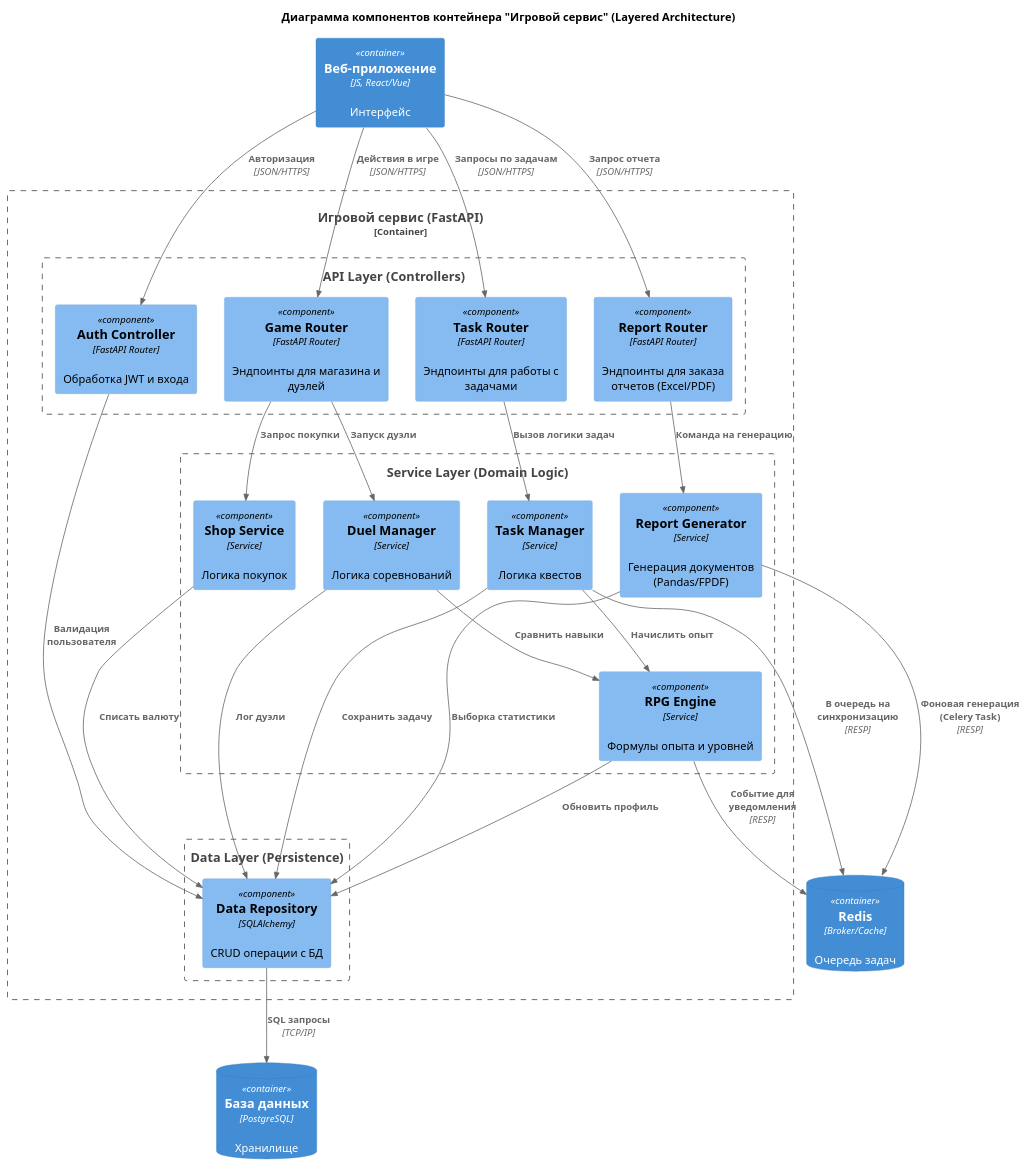
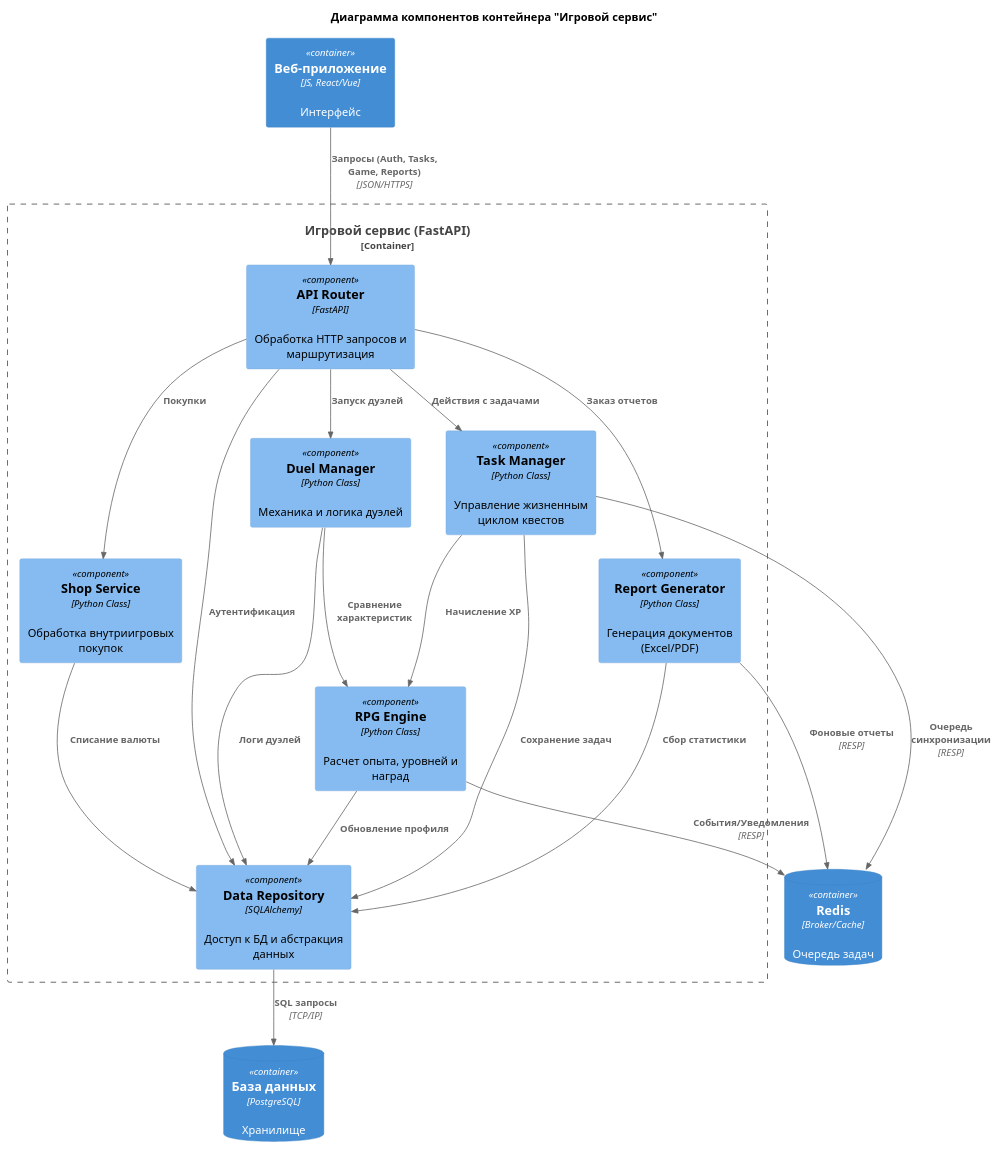
Before and after one commit to Qweyke/corp-game-system-devquest: the diagram in c4_component.plantuml, drawn with PlantUML. The commit also changed 5 other files, not shown here.

```diff
--- a/c4_component.plantuml
+++ b/c4_component.plantuml
@@ -1,69 +1,51 @@
 @startuml
-' !include https://raw.githubusercontent.com/plantuml-stdlib/C4-PlantUML/master/C4_Component.puml
 !include <C4/C4_Component>
 
-title Диаграмма компонентов контейнера "Игровой сервис" (Layered Architecture)
+title Диаграмма компонентов контейнера "Игровой сервис"
 
 ' Внешние системы
 Container(web_app, "Веб-приложение", "JS, React/Vue", "Интерфейс")
 ContainerDb(db, "База данных", "PostgreSQL", "Хранилище")
 ContainerDb(cache, "Redis", "Broker/Cache", "Очередь задач")
 
 Container_Boundary(api_app, "Игровой сервис (FastAPI)") {
-
-    ' 1. Слой интерфейсов (API Layer)
-    Boundary(api_layer, "API Layer (Controllers)") {
-        Component(auth_ctrl, "Auth Controller", "FastAPI Router", "Обработка JWT и входа")
-        Component(task_router, "Task Router", "FastAPI Router", "Эндпоинты для работы с задачами")
-        Component(game_router, "Game Router", "FastAPI Router", "Эндпоинты для магазина и дуэлей")
-        Component(report_router, "Report Router", "FastAPI Router", "Эндпоинты для заказа отчетов (Excel/PDF)")
-    }
-
-    ' 2. Слой бизнес-логики (Business Logic / Service Layer)
-    Boundary(service_layer, "Service Layer (Domain Logic)") {
-        Component(task_manager, "Task Manager", "Service", "Логика квестов")
-        Component(rpg_engine, "RPG Engine", "Service", "Формулы опыта и уровней")
-        Component(duel_manager, "Duel Manager", "Service", "Логика соревнований")
-        Component(shop_service, "Shop Service", "Service", "Логика покупок")
-        Component(report_gen, "Report Generator", "Service", "Генерация документов (Pandas/FPDF)")
-    }
-
-    ' 3. Слой доступа к данным (Data Access Layer)
-    Boundary(data_layer, "Data Layer (Persistence)") {
-        Component(repo, "Data Repository", "SQLAlchemy", "CRUD операции с БД")
-    }
+    ' Компоненты (бывшие Controllers/Routers)
+    Component(api_router, "API Router", "FastAPI", "Обработка HTTP запросов и маршрутизация")
+    
+    ' Компоненты (бывшие Service Layer)
+    Component(task_manager, "Task Manager", "Python Class", "Управление жизненным циклом квестов")
+    Component(rpg_engine, "RPG Engine", "Python Class", "Расчет опыта, уровней и наград")
+    Component(duel_manager, "Duel Manager", "Python Class", "Механика и логика дуэлей")
+    Component(shop_service, "Shop Service", "Python Class", "Обработка внутриигровых покупок")
+    Component(report_gen, "Report Generator", "Python Class", "Генерация документов (Excel/PDF)")
+    
+    ' Компонент доступа к данным
+    Component(repo, "Data Repository", "SQLAlchemy", "Доступ к БД и абстракция данных")
 }
 
-' Связи внешние -> Слой API
-Rel(web_app, auth_ctrl, "Авторизация", "JSON/HTTPS")
-Rel(web_app, task_router, "Запросы по задачам", "JSON/HTTPS")
-Rel(web_app, game_router, "Действия в игре", "JSON/HTTPS")
-Rel(web_app, report_router, "Запрос отчета", "JSON/HTTPS")
+' Связи внешние -> API
+Rel(web_app, api_router, "Запросы (Auth, Tasks, Game, Reports)", "JSON/HTTPS")
 
-' Связи API Layer -> Service Layer
-Rel(auth_ctrl, repo, "Валидация пользователя")
-Rel(task_router, task_manager, "Вызов логики задач")
-Rel(game_router, duel_manager, "Запуск дуэли")
-Rel(game_router, shop_service, "Запрос покупки")
-Rel(report_router, report_gen, "Команда на генерацию")
+' Связи внутри API
+Rel(api_router, task_manager, "Действия с задачами")
+Rel(api_router, duel_manager, "Запуск дуэлей")
+Rel(api_router, shop_service, "Покупки")
+Rel(api_router, report_gen, "Заказ отчетов")
+Rel(api_router, repo, "Аутентификация")
 
-' Связи внутри Service Layer
-Rel(task_manager, rpg_engine, "Начислить опыт")
-Rel(duel_manager, rpg_engine, "Сравнить навыки")
+Rel(task_manager, rpg_engine, "Начисление XP")
+Rel(duel_manager, rpg_engine, "Сравнение характеристик")
 
-' Связи Service Layer -> Data Layer
-Rel(task_manager, repo, "Сохранить задачу")
-Rel(rpg_engine, repo, "Обновить профиль")
-Rel(shop_service, repo, "Списать валюту")
-Rel(duel_manager, repo, "Лог дуэли")
-Rel(report_gen, repo, "Выборка статистики")
+Rel(task_manager, repo, "Сохранение задач")
+Rel(rpg_engine, repo, "Обновление профиля")
+Rel(shop_service, repo, "Списание валюты")
+Rel(duel_manager, repo, "Логи дуэлей")
+Rel(report_gen, repo, "Сбор статистики")
 
-' Связи Data Layer -> Внешние БД
+' Связи наружу
 Rel(repo, db, "SQL запросы", "TCP/IP")
-
-' Связи для асинхронности
-Rel(task_manager, cache, "В очередь на синхронизацию", "RESP")
-Rel(rpg_engine, cache, "Событие для уведомления", "RESP")
-Rel(report_gen, cache, "Фоновая генерация (Celery Task)", "RESP")
+Rel(task_manager, cache, "Очередь синхронизации", "RESP")
+Rel(rpg_engine, cache, "События/Уведомления", "RESP")
+Rel(report_gen, cache, "Фоновые отчеты", "RESP")
 
 @enduml
```
